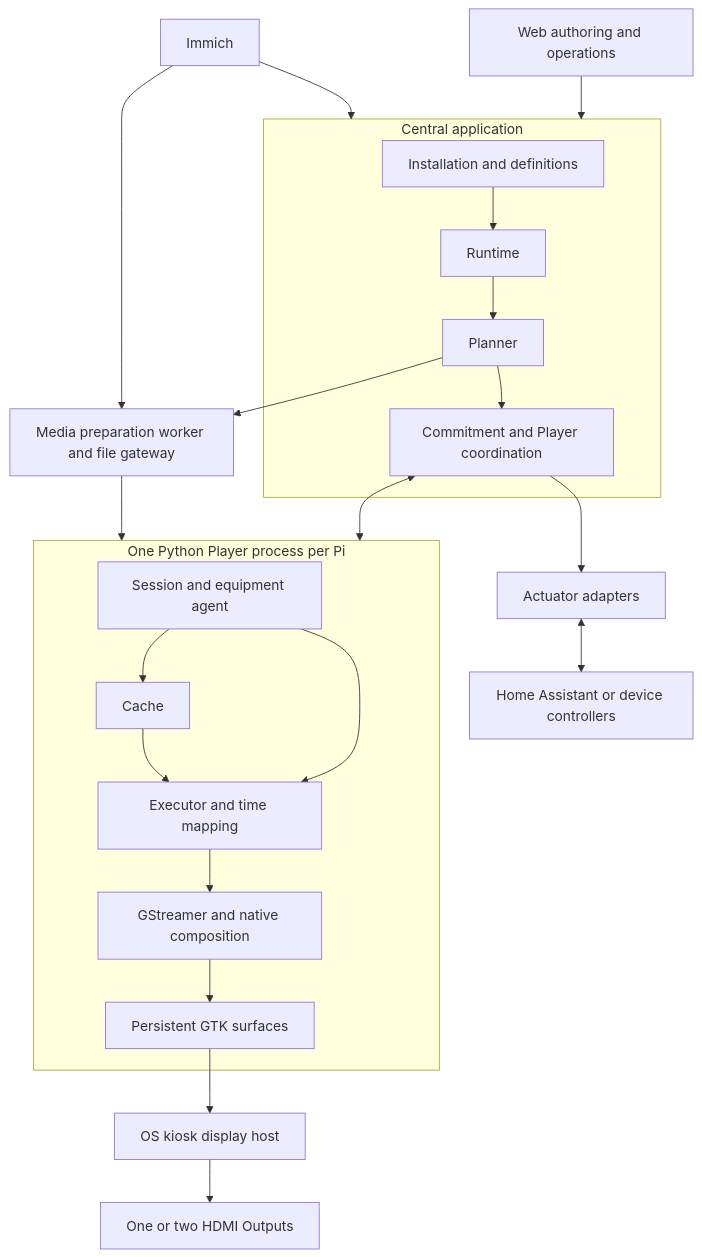
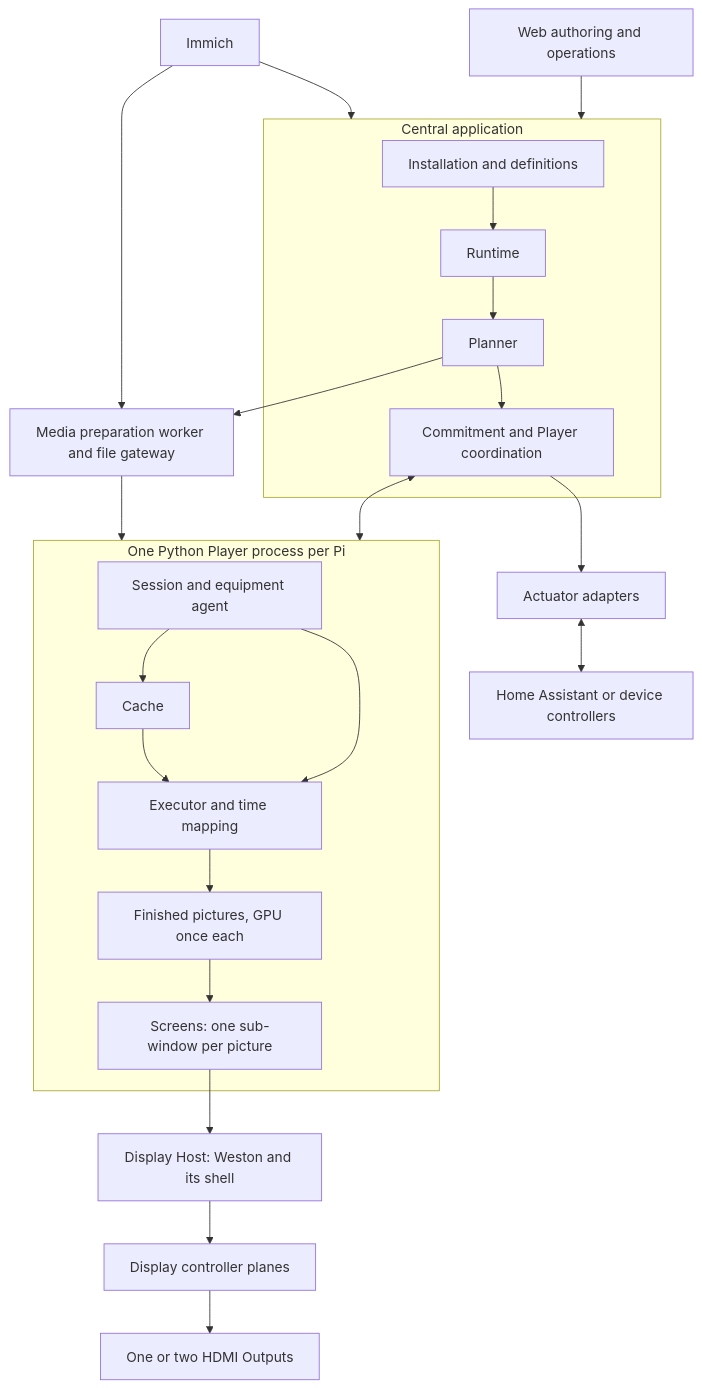
Before and after one commit to mcurcio/photo-wall: the diagram in docs/architecture.md, drawn with Mermaid. The commit also changed other lines of this file and 20 other files, not shown here.

First line of the commit message:
docs(render): render planes S6: the docs on the new render path, decision 0029

````diff
--- a/docs/architecture.md
+++ b/docs/architecture.md
@@ -11,34 +11,35 @@
 ```mermaid
 flowchart TD
     UI[Web authoring and operations] --> CENTRAL
     IMMICH[Immich] --> CENTRAL
     subgraph CENTRAL[Central application]
         REG[Installation and definitions]
         RUN[Runtime]
         PLAN[Planner]
         SESSION[Commitment and Player coordination]
         REG --> RUN
         RUN --> PLAN
         PLAN --> SESSION
     end
     PLAN --> WORKER[Media preparation worker and file gateway]
     IMMICH --> WORKER
     SESSION <--> PLAYER
     WORKER --> PLAYER
     subgraph PLAYER[One Python Player process per Pi]
         NET[Session and equipment agent]
         CACHE[Cache]
         EXEC[Executor and time mapping]
-        RENDER[GStreamer and native composition]
-        GTK[Persistent GTK surfaces]
+        RENDER[Finished pictures, GPU once each]
+        SCREENS[Screens: one sub-window per picture]
         NET --> CACHE
         NET --> EXEC
         CACHE --> EXEC
         EXEC --> RENDER
-        RENDER --> GTK
+        RENDER --> SCREENS
     end
-    GTK --> WESTON[OS kiosk display host]
-    WESTON --> HDMI[One or two HDMI Outputs]
+    SCREENS --> WESTON[Display Host: Weston and its shell]
+    WESTON --> PLANES[Display controller planes]
+    PLANES --> HDMI[One or two HDMI Outputs]
     SESSION --> ACT[Actuator adapters]
     ACT <--> DEVICE[Home Assistant or device controllers]
 ```
````
